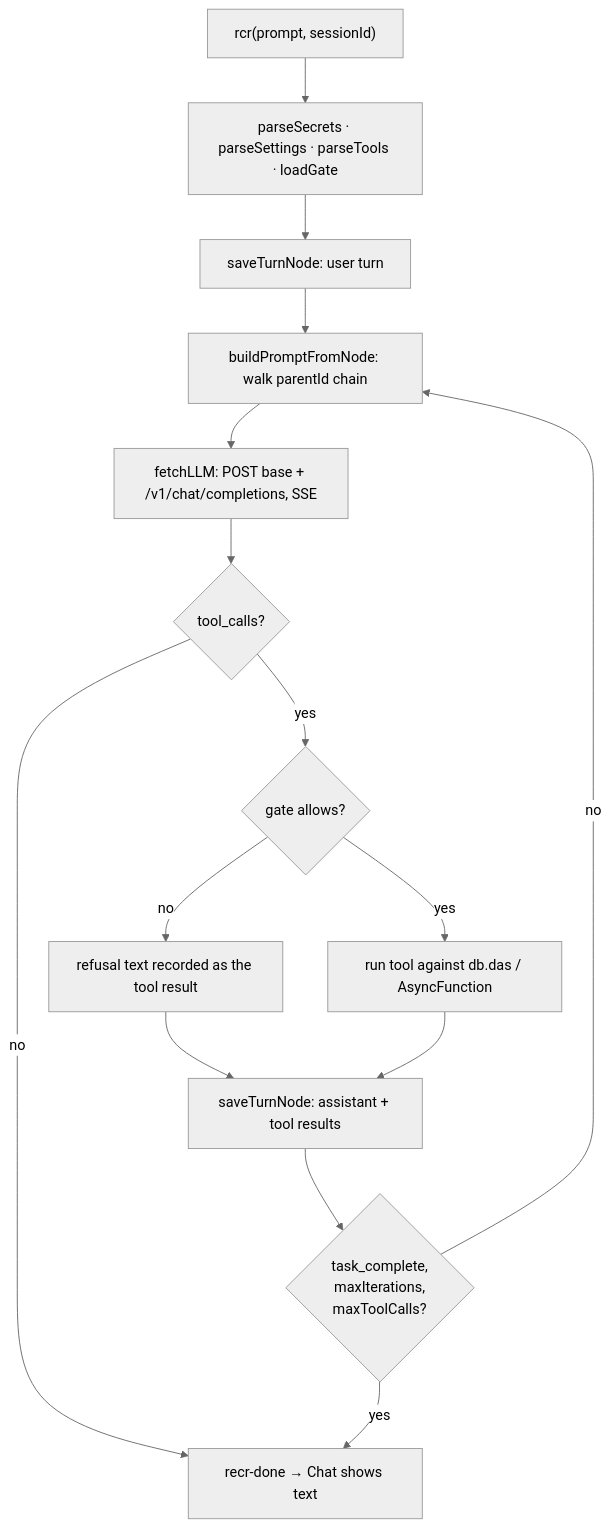
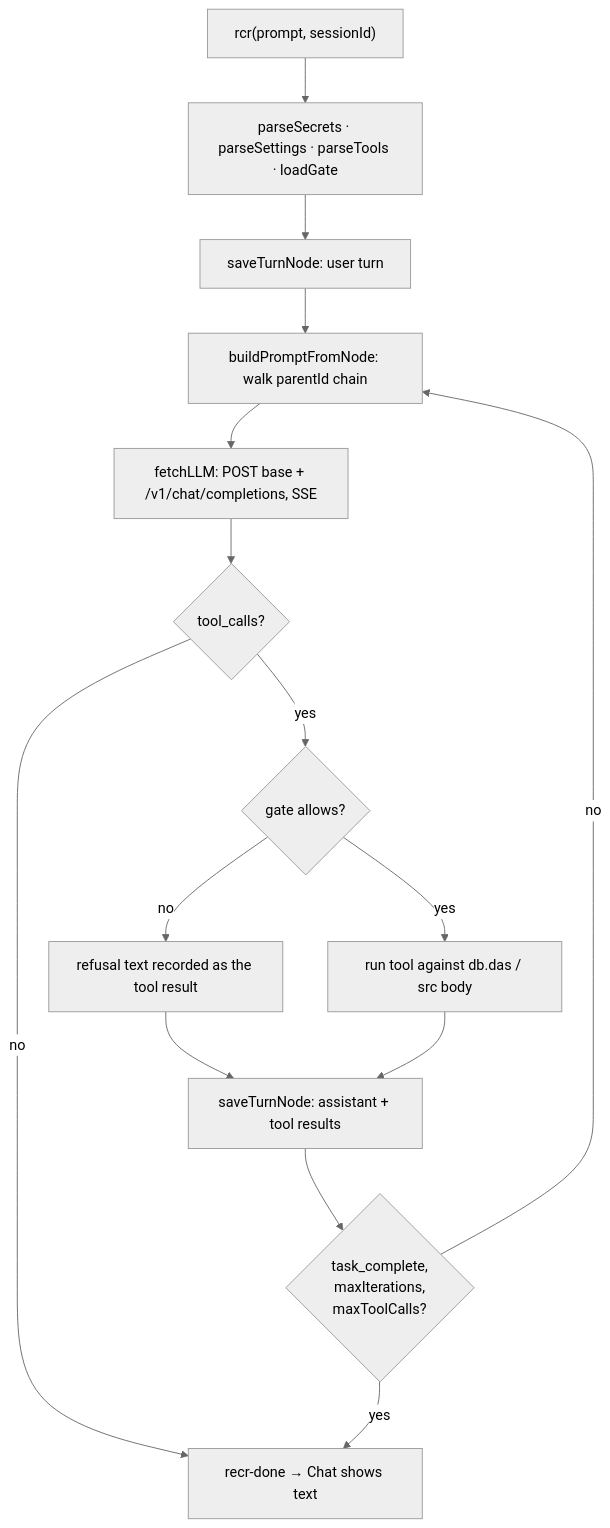
One commit to wasoko/xbb changed the first of 3 diagrams in docs/recr-agloop.md. Above: the diagram before and after it, drawn with Mermaid (neutral theme). The commit also changed other lines of this file and 24 other files, not shown here.

````diff
--- a/docs/recr-agloop.md
+++ b/docs/recr-agloop.md
@@ -43,17 +43,17 @@
 ```mermaid
 flowchart TD
     R["rcr(prompt, sessionId)"] --> CFG["parseSecrets · parseSettings · parseTools · loadGate"]
     CFG --> T0["saveTurnNode: user turn"]
     T0 --> B["buildPromptFromNode: walk parentId chain"]
     B --> F["fetchLLM: POST base + /v1/chat/completions, SSE"]
     F --> TC{"tool_calls?"}
     TC -->|"no"| DONE["recr-done → Chat shows text"]
     TC -->|"yes"| G{"gate allows?"}
     G -->|"no"| REF["refusal text recorded as the tool result"]
-    G -->|"yes"| EX["run tool against db.das / AsyncFunction"]
+    G -->|"yes"| EX["run tool against db.das / src body"]
     REF --> S["saveTurnNode: assistant + tool results"]
     EX --> S
     S --> STOP{"task_complete,<br/>maxIterations,<br/>maxToolCalls?"}
     STOP -->|"no"| B
     STOP -->|"yes"| DONE
 ```
````
